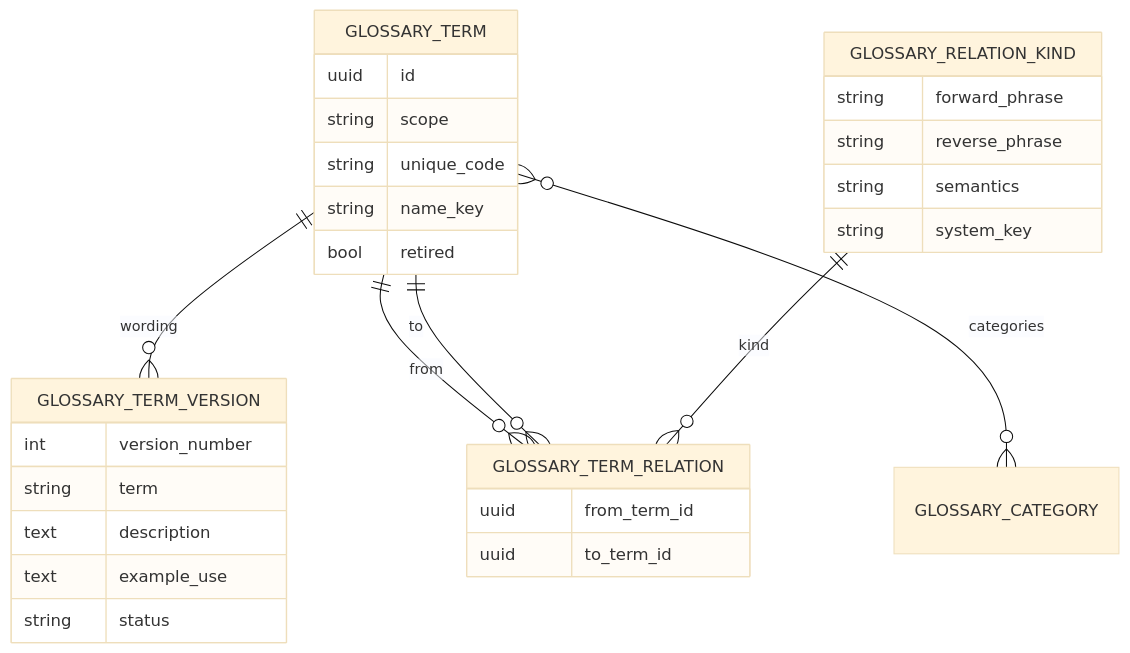
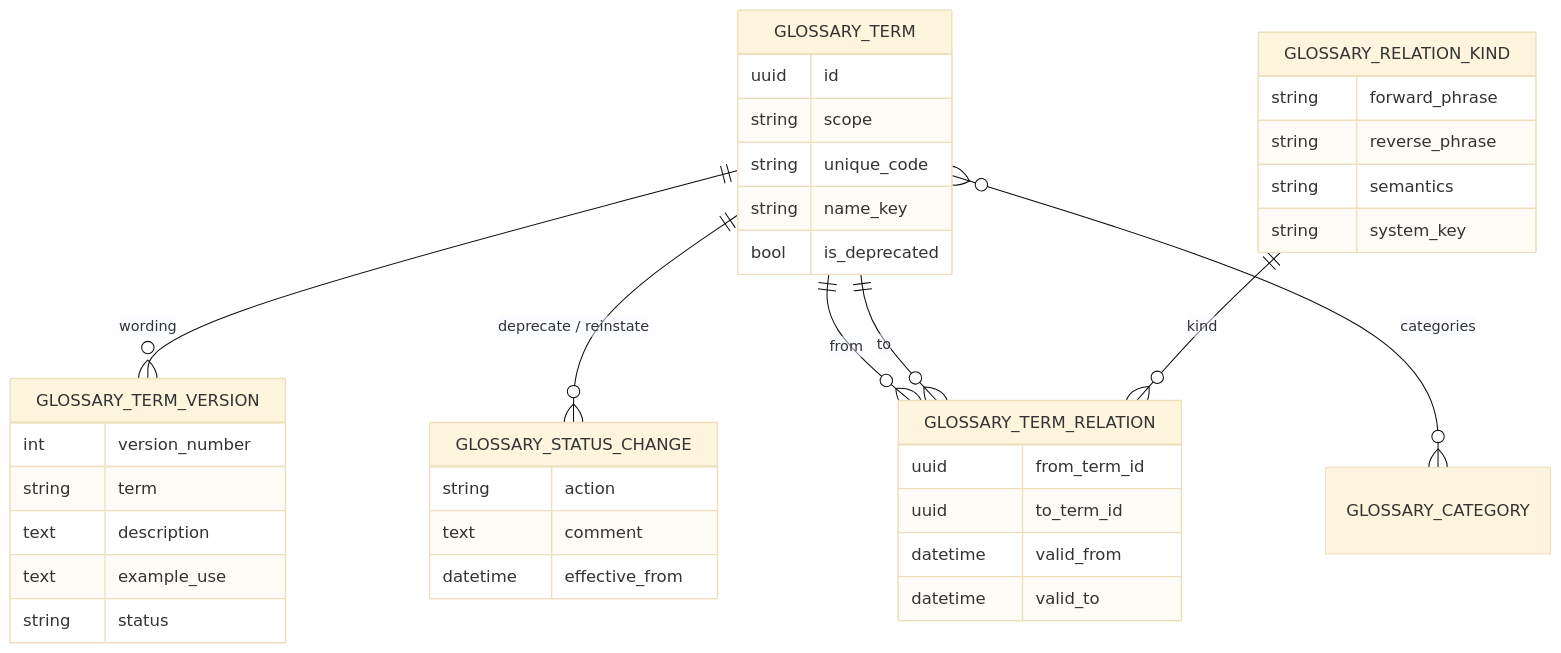
One commit to ballardr/reqtrackmanager changed the fourth of 4 diagrams in docs/plans/module-17-glossary-plan.md. Above: the diagram before and after it, drawn with Mermaid (base theme). The commit also changed other lines of this file and 1 other file, not shown here.

````diff
--- a/docs/plans/module-17-glossary-plan.md
+++ b/docs/plans/module-17-glossary-plan.md
@@ -121,32 +161,40 @@
 ```mermaid
 erDiagram
     GLOSSARY_TERM ||--o{ GLOSSARY_TERM_VERSION : "wording"
+    GLOSSARY_TERM ||--o{ GLOSSARY_STATUS_CHANGE : "deprecate / reinstate"
     GLOSSARY_TERM ||--o{ GLOSSARY_TERM_RELATION : "from"
     GLOSSARY_TERM ||--o{ GLOSSARY_TERM_RELATION : "to"
     GLOSSARY_RELATION_KIND ||--o{ GLOSSARY_TERM_RELATION : "kind"
     GLOSSARY_TERM }o--o{ GLOSSARY_CATEGORY : "categories"
     GLOSSARY_TERM {
         uuid id
         string scope
         string unique_code
         string name_key
-        bool retired
+        bool is_deprecated
     }
     GLOSSARY_TERM_VERSION {
         int version_number
         string term
         text description
         text example_use
         string status
+    }
+    GLOSSARY_STATUS_CHANGE {
+        string action
+        text comment
+        datetime effective_from
     }
     GLOSSARY_RELATION_KIND {
         string forward_phrase
         string reverse_phrase
         string semantics
         string system_key
     }
     GLOSSARY_TERM_RELATION {
         uuid from_term_id
         uuid to_term_id
+        datetime valid_from
+        datetime valid_to
     }
 ```
````
